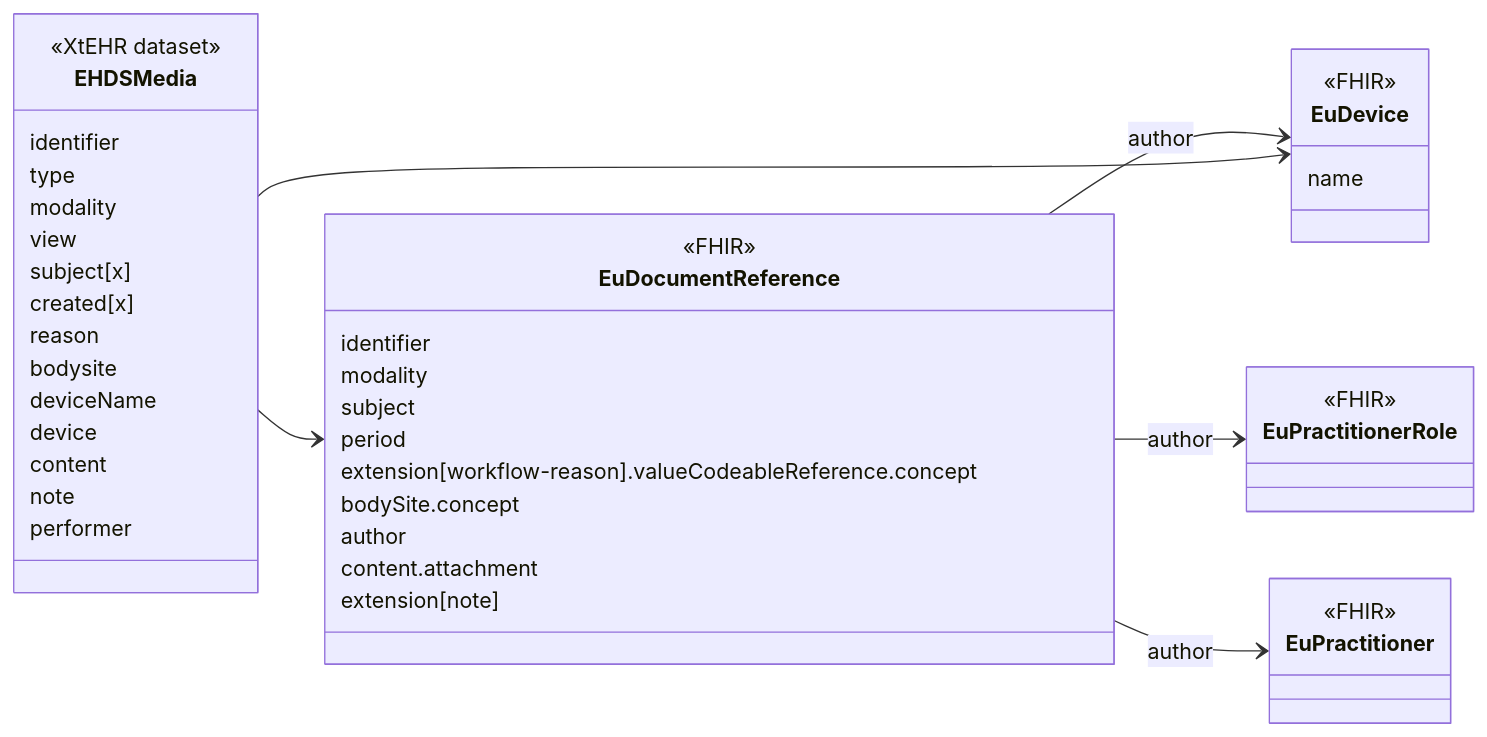
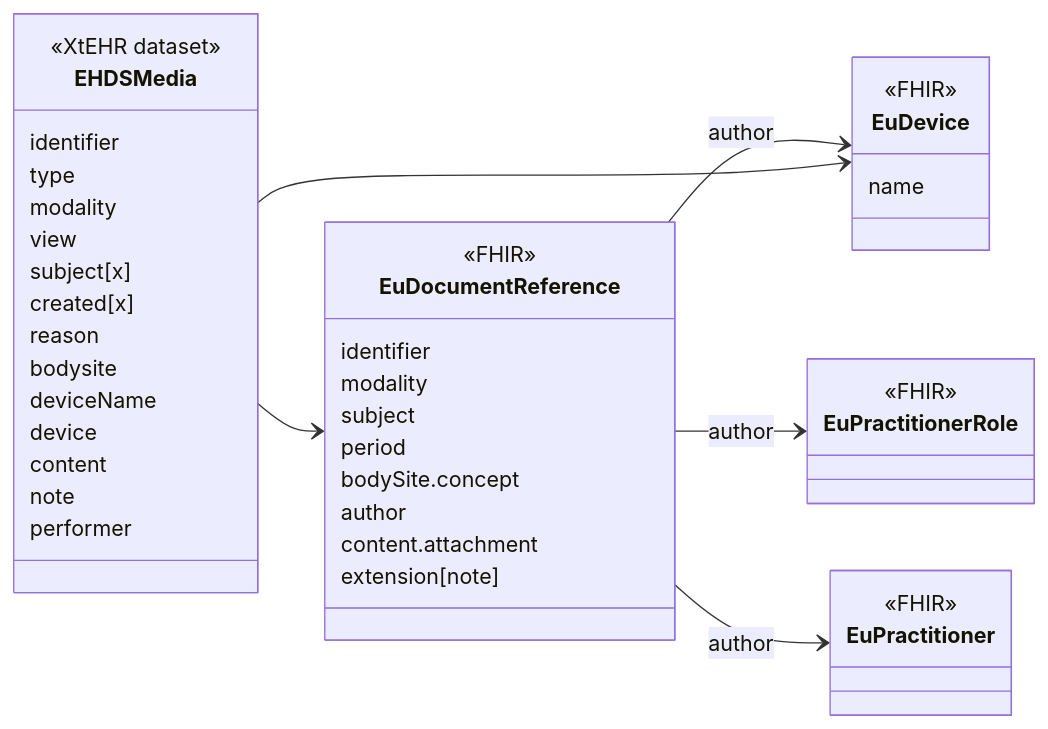
One commit to oijauregui/ehdsimaging changed the diagram in input/intro-notes/ConceptMap-EHDSMediaMap-intro.md. Above: the diagram before and after it, drawn with Mermaid. The commit also changed 23 other files, not shown here.

````diff
--- a/input/intro-notes/ConceptMap-EHDSMediaMap-intro.md
+++ b/input/intro-notes/ConceptMap-EHDSMediaMap-intro.md
@@ -5,53 +5,52 @@
 ```mermaid
 classDiagram
 direction LR
 class EHDSMedia {
   <<XtEHR dataset>>
   identifier
   type
   modality
   view
   subject[x]
   created[x]
   reason
   bodysite
   deviceName
   device
   content
   note
   performer
 }
 link EHDSMedia "https://build.fhir.org/ig/Xt-EHR/xt-ehr-common/StructureDefinition-EHDSMedia.html"
 class EuDocumentReference{
   <<FHIR>>
   identifier
   modality
   subject
   period
-  extension[workflow-reason].valueCodeableReference.concept
   bodySite.concept
   author
   content.attachment
   extension[note]
 }
 
 class EuDevice{
   <<FHIR>>
   name
 }
 
 class EuDevice {
   <<FHIR>>
 }
 class EuPractitionerRole {
   <<FHIR>>
 }
 class  EuPractitioner {
   <<FHIR>>
 }
 EHDSMedia --> EuDocumentReference
 EuDocumentReference --> EuDevice : author
 EuDocumentReference --> EuPractitionerRole : author
 EuDocumentReference -->  EuPractitioner : author
 EHDSMedia --> EuDevice
 ```
````
